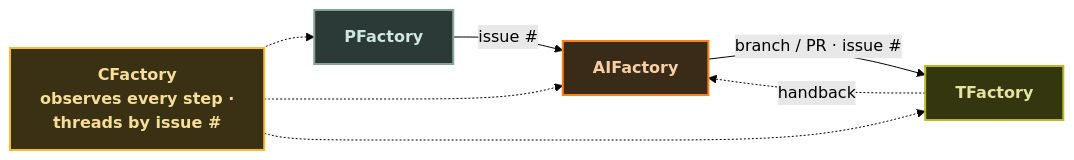
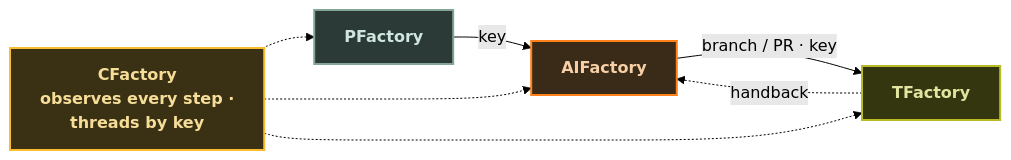
The second of 2 diagrams in docs/index.md (olafkfreund/Factory), drawn with Mermaid (forest theme) before and after one commit. The commit also changed other lines of this file and 11 other files, not shown here.

```diff
--- a/docs/index.md
+++ b/docs/index.md
@@ -237,14 +237,14 @@
 <div class="mermaid">
 flowchart LR
-    PF["PFactory"] -- "issue #" --> AF["AIFactory"]
-    AF -- "branch / PR · issue #" --> TF["TFactory"]
+    PF["PFactory"] -- "key" --> AF["AIFactory"]
+    AF -- "branch / PR · key" --> TF["TFactory"]
     TF -. "handback" .-> AF
-    C["CFactory<br/>observes every step ·<br/>threads by issue #"] -.-> PF
+    C["CFactory<br/>observes every step ·<br/>threads by key"] -.-> PF
     C -.-> AF
     C -.-> TF
     classDef pf fill:#2b3a37,stroke:#83a598,stroke-width:2px,color:#cfe6de,font-weight:bold;
     classDef af fill:#3a2b18,stroke:#fe8019,stroke-width:2px,color:#f6cfa6,font-weight:bold;
     classDef tf fill:#33360f,stroke:#b8bb26,stroke-width:2px,color:#e2e4a0,font-weight:bold;
     classDef cf fill:#3a3115,stroke:#fabd2f,stroke-width:2px,color:#f6dd98,font-weight:bold;
     class PF pf; class AF af; class TF tf; class C cf;
 </div>
```
